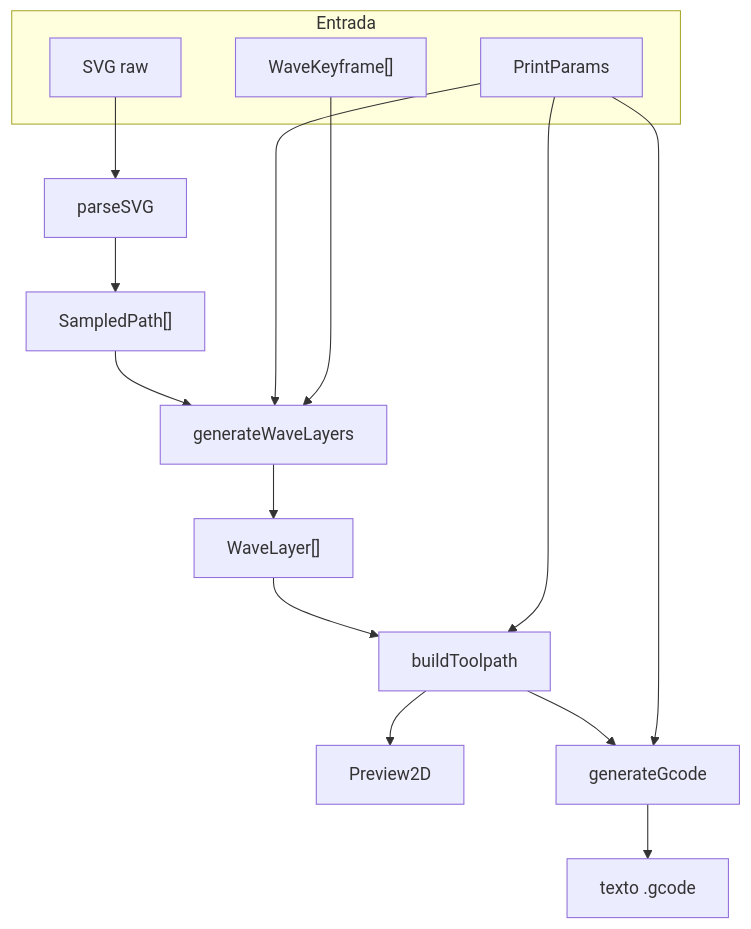
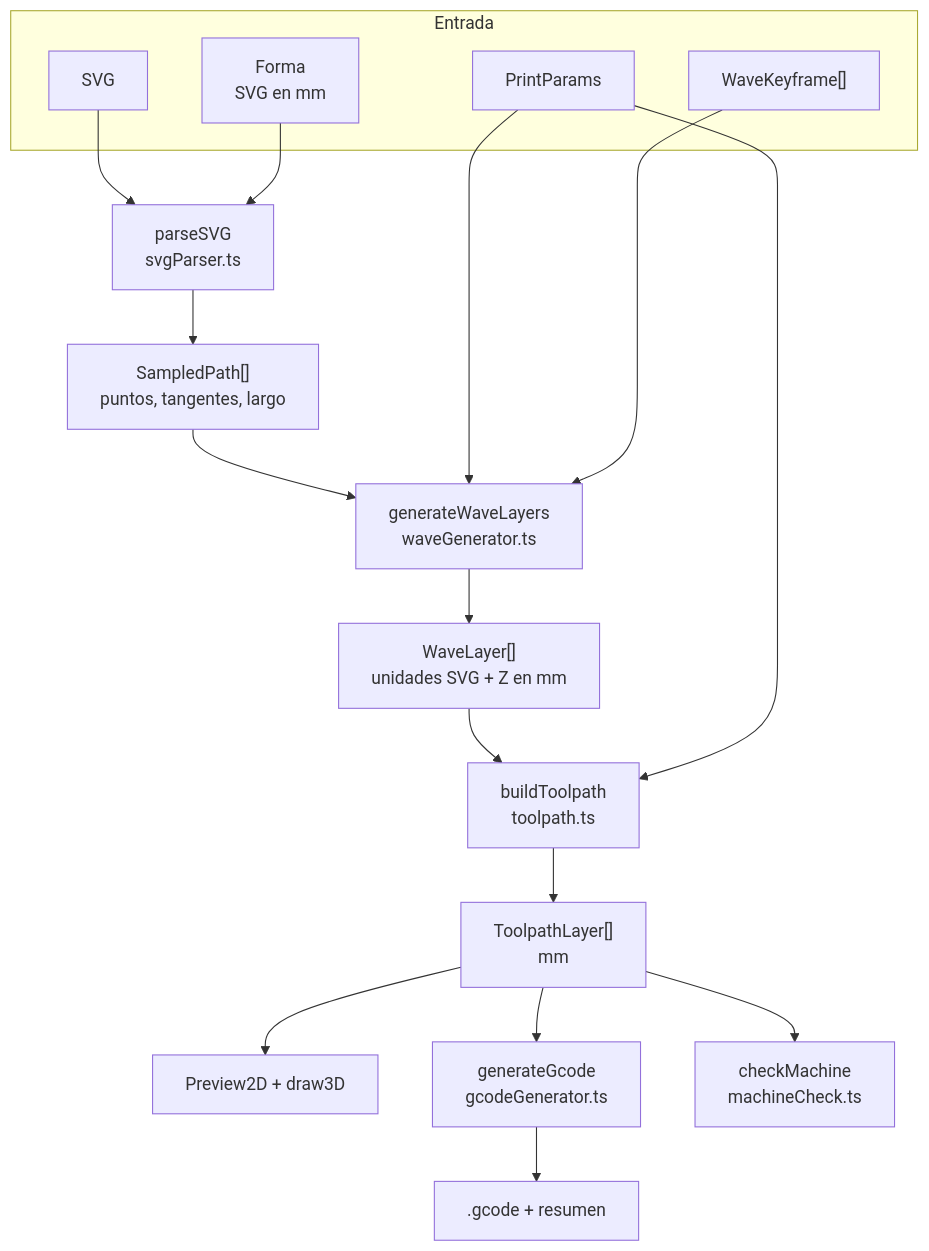
One commit to Cranmellar/barrocode changed the diagram in docs/architecture.md. Above: the diagram before and after it, drawn with Mermaid. The commit also changed other lines of this file, not shown here.

First line of the commit message:
docs: update the architecture notes to the current pipeline

````diff
--- a/docs/architecture.md
+++ b/docs/architecture.md
@@ -7,21 +7,24 @@
 ```mermaid
 flowchart TD
   subgraph Entrada
-    SVG["SVG raw"]
+    SVG["SVG"]
+    Forma["Forma<br/>SVG en mm"]
     Params["PrintParams"]
     Kf["WaveKeyframe[]"]
   end
 
-  SVG --> Parse["parseSVG"]
-  Parse --> Sample["SampledPath[]"]
-  Sample --> Wave["generateWaveLayers"]
+  SVG --> Parse["parseSVG<br/>svgParser.ts"]
+  Forma --> Parse
+  Parse --> Sampled["SampledPath[]<br/>puntos, tangentes, largo"]
+  Sampled --> Wave["generateWaveLayers<br/>waveGenerator.ts"]
   Params --> Wave
   Kf --> Wave
-  Wave --> Layers["WaveLayer[]"]
-  Layers --> Toolpath["buildToolpath"]
-  Params --> Toolpath
-  Toolpath --> Preview["Preview2D"]
-  Toolpath --> Gcode["generateGcode"]
-  Params --> Gcode
-  Gcode --> Out["texto .gcode"]
+  Wave --> Layers["WaveLayer[]<br/>unidades SVG + Z en mm"]
+  Layers --> Tool["buildToolpath<br/>toolpath.ts"]
+  Params --> Tool
+  Tool --> Path["ToolpathLayer[]<br/>mm"]
+  Path --> View["Preview2D + draw3D"]
+  Path --> Gcode["generateGcode<br/>gcodeGenerator.ts"]
+  Path --> Check["checkMachine<br/>machineCheck.ts"]
+  Gcode --> Out[".gcode + resumen"]
 ```
````
